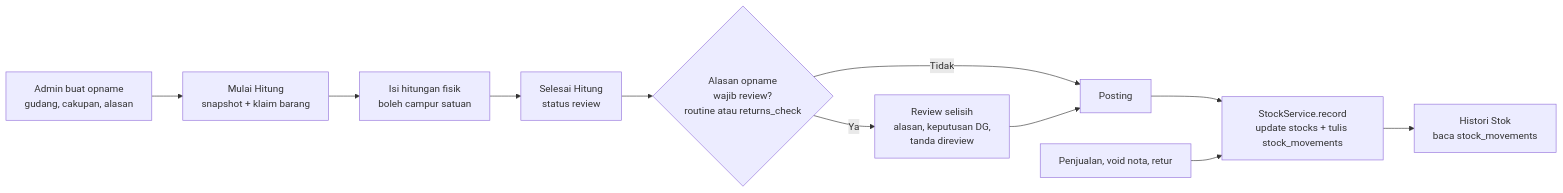
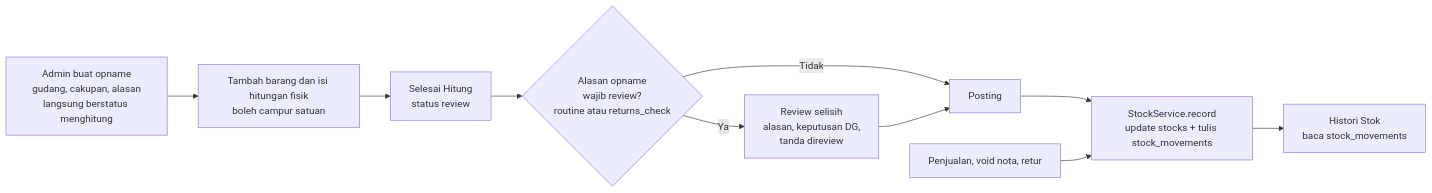
The first of 6 diagrams in docs/stok-opname-docs.md (aliefpraditya/store-management), drawn with Mermaid before and after one commit. The commit also changed other lines of this file and 3 other files, not shown here.

First line of the commit message:
Update stock opname docs for the draft-less flow

````diff
--- a/docs/stok-opname-docs.md
+++ b/docs/stok-opname-docs.md
@@ -22,13 +22,12 @@
 ```mermaid
 flowchart LR
-    A["Admin buat opname<br/>gudang, cakupan, alasan"] --> B["Mulai Hitung<br/>snapshot + klaim barang"]
-    B --> C["Isi hitungan fisik<br/>boleh campur satuan"]
+    A["Admin buat opname<br/>gudang, cakupan, alasan<br/>langsung berstatus menghitung"] --> C["Tambah barang dan isi hitungan fisik<br/>boleh campur satuan"]
     C --> D["Selesai Hitung<br/>status review"]
     D --> E{"Alasan opname<br/>wajib review?<br/>routine atau returns_check"}
     E -->|"Ya"| F["Review selisih<br/>alasan, keputusan DG,<br/>tanda direview"]
     E -->|"Tidak"| G["Posting"]
     F --> G
     G --> H["StockService.record<br/>update stocks + tulis stock_movements"]
     K["Penjualan, void nota, retur"] --> H
     H --> I["Histori Stok<br/>baca stock_movements"]
 ```
````
